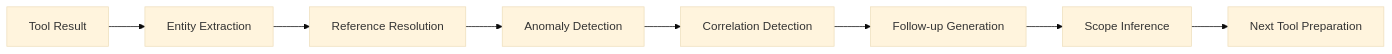
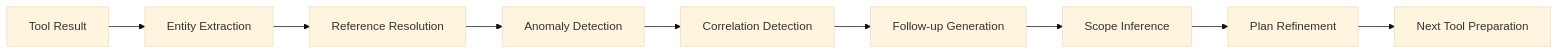
The first of 3 diagrams in DESIGN.md (OpsOrch/opsorch-copilot), drawn with Mermaid (base theme) before and after one commit. The commit also changed other lines of this file, not shown here.

````diff
--- a/DESIGN.md
+++ b/DESIGN.md
@@ -49,10 +49,11 @@
 ```mermaid
 flowchart LR
     TR[Tool Result] --> EE[Entity Extraction]
     EE --> RR[Reference Resolution]
     RR --> AD[Anomaly Detection]
     AD --> CD[Correlation Detection]
     CD --> FU[Follow-up Generation]
     FU --> SI[Scope Inference]
-    SI --> Next[Next Tool Preparation]
+    SI --> PR[Plan Refinement]
+    PR --> Next[Next Tool Preparation]
 ```
````
